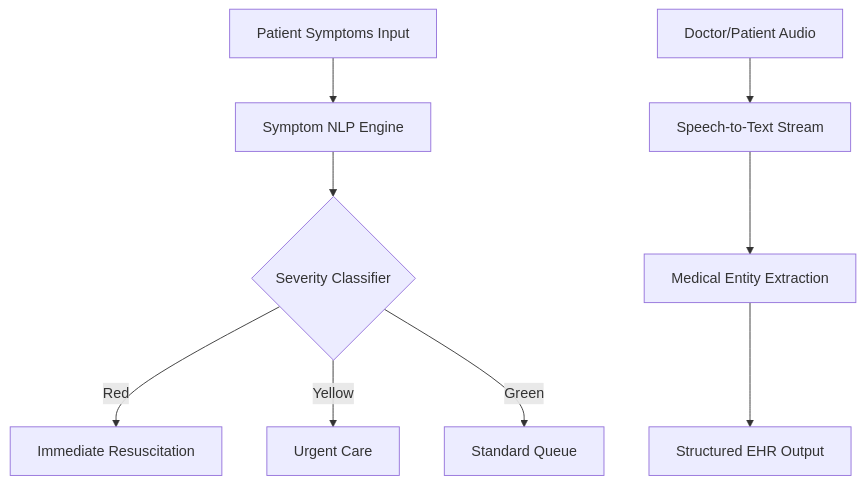
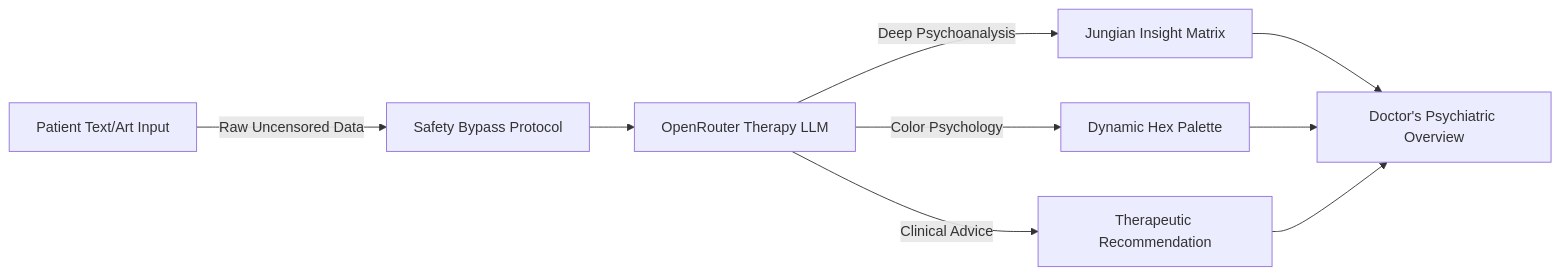
The third of 4 diagrams in README.md (satyamtyagi15/SANJEEVANI-AI), drawn with Mermaid before and after one commit. The commit also changed other lines of this file, not shown here.

Commit message:
docs: expand README to extreme scale with advanced AI architecture workflows

````diff
--- a/README.md
+++ b/README.md
@@ -79,12 +103,12 @@
 ```mermaid
-graph TD
-    A[Patient Symptoms Input] --> B[Symptom NLP Engine]
-    B --> C{Severity Classifier}
-    C -->|Red| D[Immediate Resuscitation]
-    C -->|Yellow| E[Urgent Care]
-    C -->|Green| F[Standard Queue]
+graph LR
+    User[Patient Text/Art Input] --> |Raw Uncensored Data| Bypass[Safety Bypass Protocol]
+    Bypass --> LLM[OpenRouter Therapy LLM]
+    LLM --> |Deep Psychoanalysis| Insight[Jungian Insight Matrix]
+    LLM --> |Color Psychology| Palette[Dynamic Hex Palette]
+    LLM --> |Clinical Advice| Therapy[Therapeutic Recommendation]
     
-    G[Doctor/Patient Audio] --> H[Speech-to-Text Stream]
-    H --> I[Medical Entity Extraction]
-    I --> J[Structured EHR Output]
+    Insight --> Dashboard[Doctor's Psychiatric Overview]
+    Palette --> Dashboard
+    Therapy --> Dashboard
 ```
````
